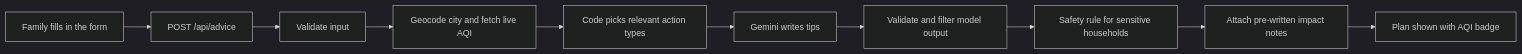
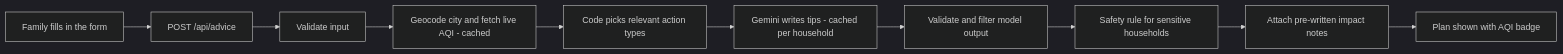
The diagram in README.md (prashun-web/AirQuality-Assistant), drawn with Mermaid (dark theme) before and after one commit. The commit also changed other lines of this file, not shown here.

````diff
--- a/README.md
+++ b/README.md
@@ -58,12 +56,12 @@
 ```mermaid
 flowchart LR
     A[Family fills in the form] --> B[POST /api/advice]
     B --> C[Validate input]
-    C --> D[Geocode city and fetch live AQI]
+    C --> D[Geocode city and fetch live AQI - cached]
     D --> E[Code picks relevant action types]
-    E --> F[Gemini writes tips]
+    E --> F[Gemini writes tips - cached per household]
     F --> G[Validate and filter model output]
     G --> H[Safety rule for sensitive households]
     H --> I[Attach pre-written impact notes]
     I --> J[Plan shown with AQI badge]
 ```
````
